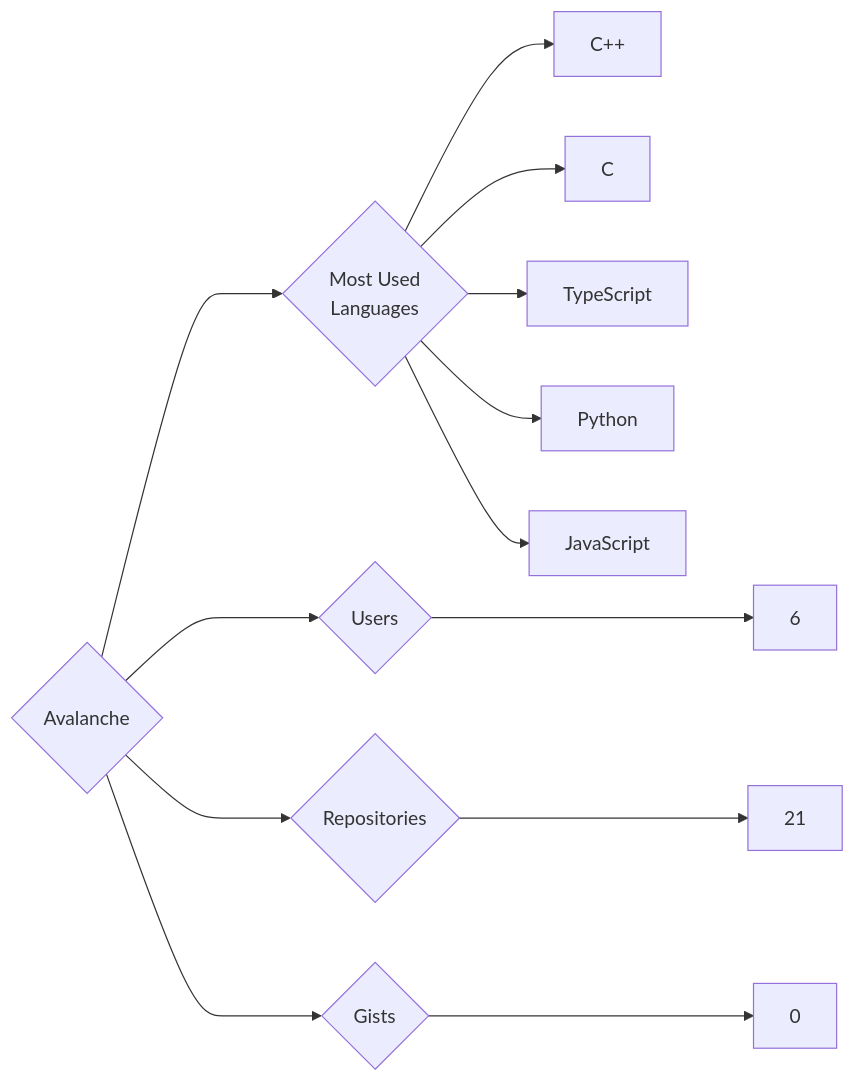
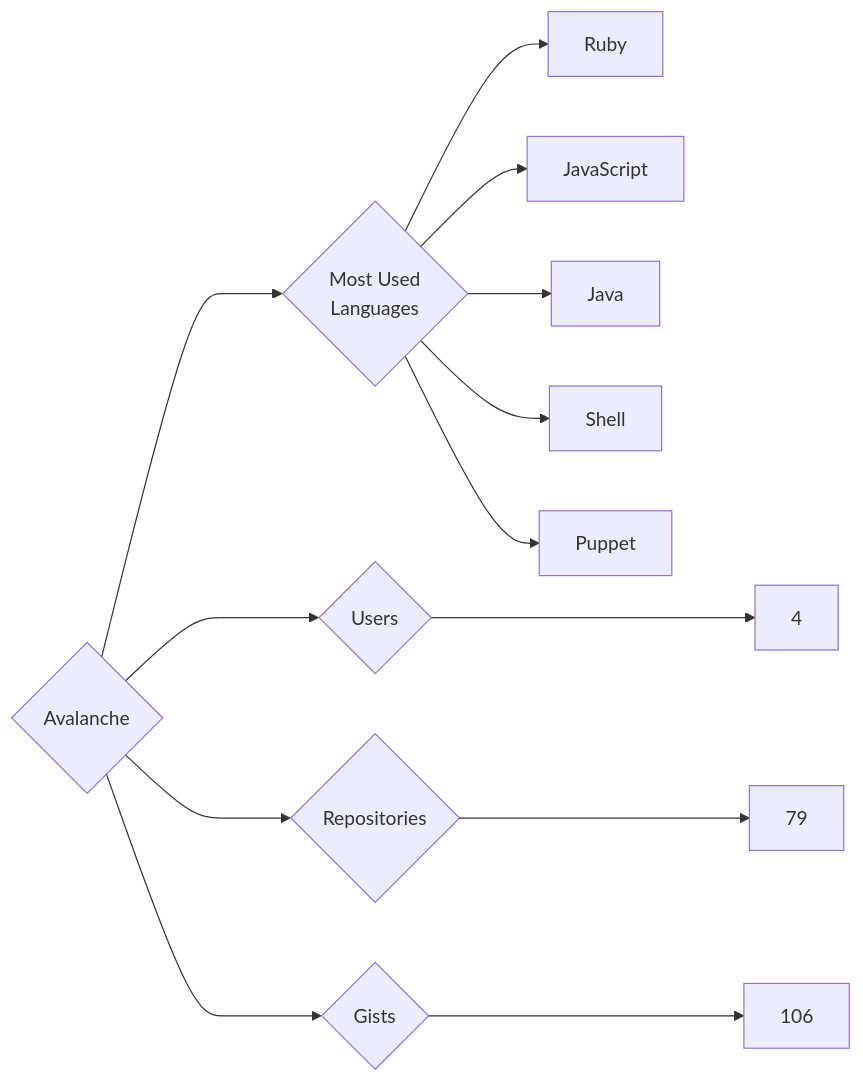
One commit to trickest/insiders changed the diagram in targets/Avalanche/README.md. Above: the diagram before and after it, drawn with Mermaid. The commit also changed 1195 other files, not shown here.

````diff
--- a/targets/Avalanche/README.md
+++ b/targets/Avalanche/README.md
@@ -3,13 +3,13 @@
 ```mermaid
 graph LR
 COMPANY_NAME{Avalanche}
-COMPANY_NAME ---> U{Users} ---> UN[6]
-COMPANY_NAME ---> R{Repositories} ---> RN[21]
-COMPANY_NAME ---> G{Gists} ---> GN[0]
+COMPANY_NAME ---> U{Users} ---> UN[4]
+COMPANY_NAME ---> R{Repositories} ---> RN[79]
+COMPANY_NAME ---> G{Gists} ---> GN[106]
 COMPANY_NAME ---> ML{Most Used<br>Languages}
-ML --> C++[C++]
-ML --> C[C]
-ML --> TypeScript[TypeScript]
-ML --> Python[Python]
+ML --> Ruby[Ruby]
 ML --> JavaScript[JavaScript]
+ML --> Java[Java]
+ML --> Shell[Shell]
+ML --> Puppet[Puppet]
 ```
````
